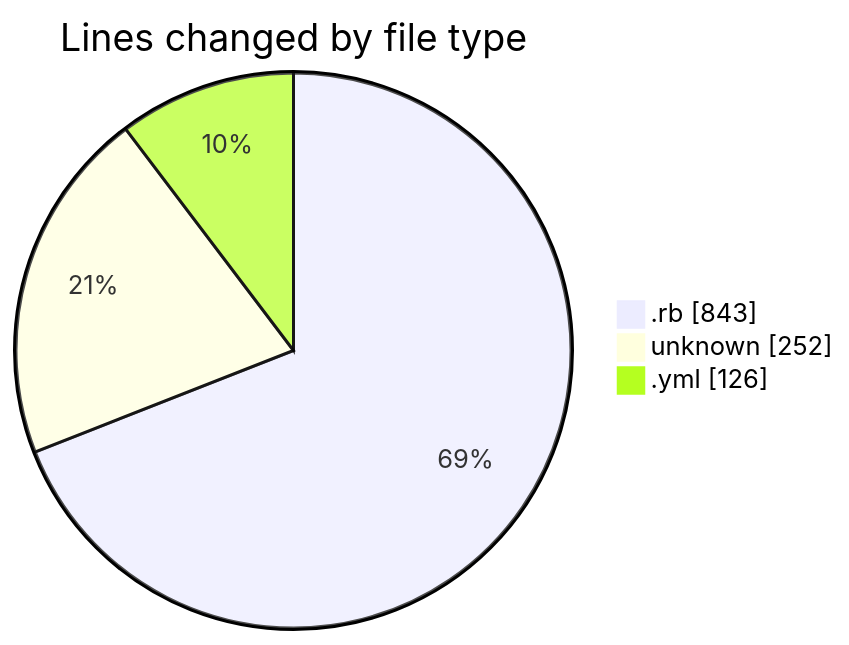
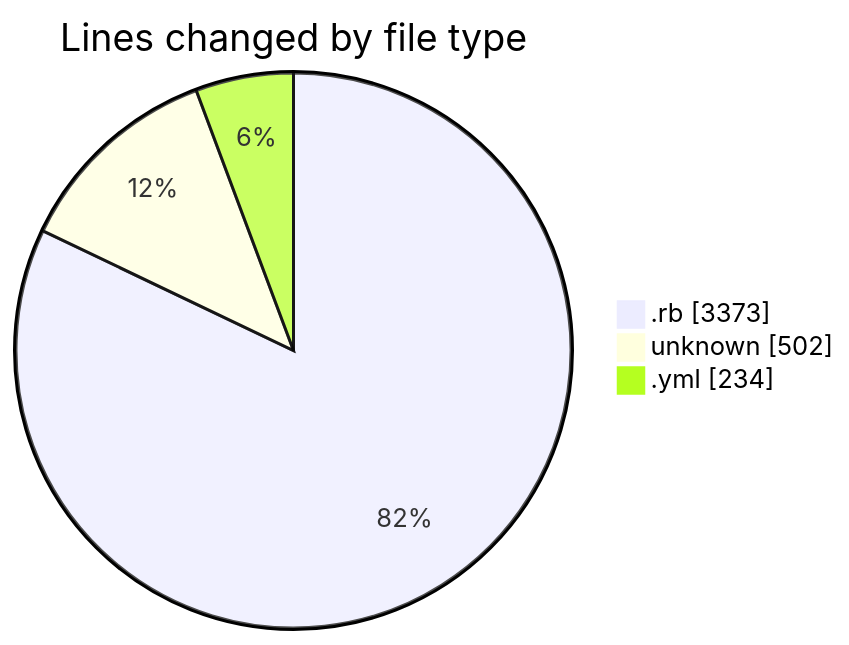
The first of 2 diagrams in 2025-06-19/app__container_registration-app__calm-app__/README.md (seballot/code-tracking), drawn with Mermaid before and after one commit. The commit also changed other lines of this file and 1 other file, not shown here.

````diff
--- a/2025-06-19/app__container_registration-app__calm-app__/README.md
+++ b/2025-06-19/app__container_registration-app__calm-app__/README.md
@@ -24,7 +27,7 @@
 ```mermaid
 pie showData
 title Lines changed by file type
-".rb" : 843
-"unknown" : 252
-".yml" : 126
+".rb" : 3373
+"unknown" : 502
+".yml" : 234
 ```
````
